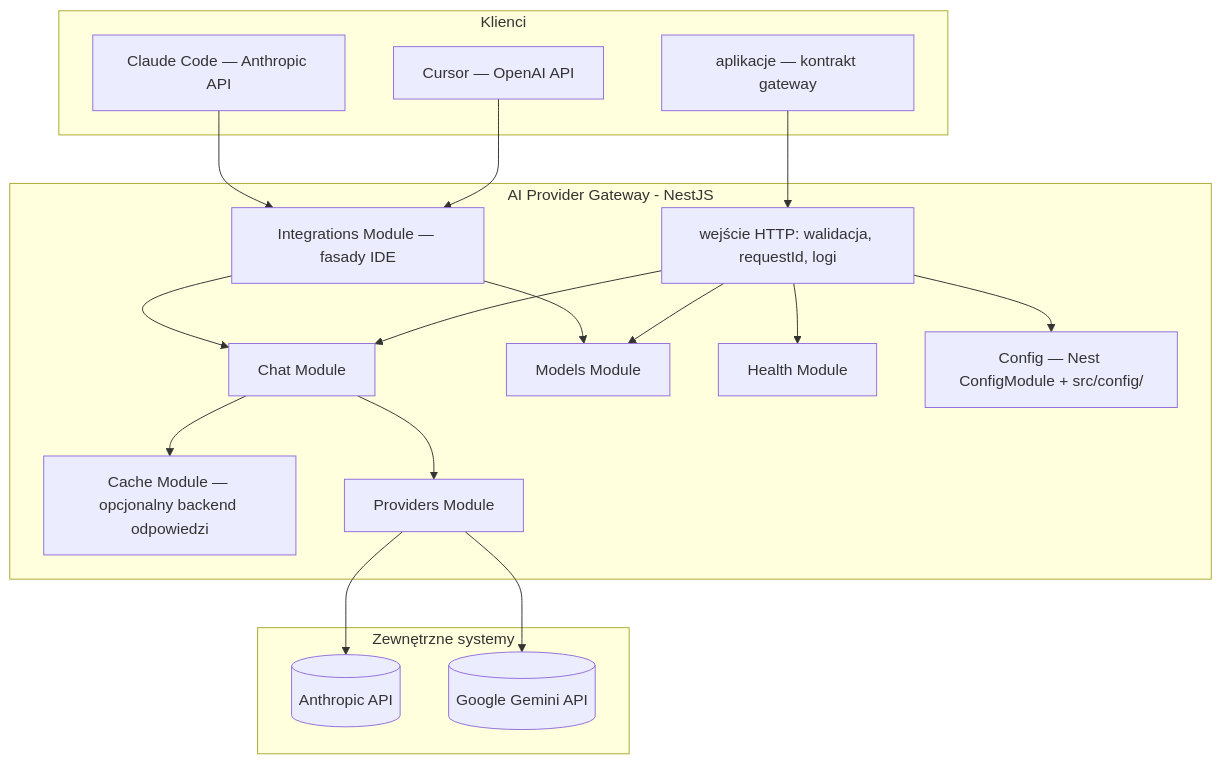
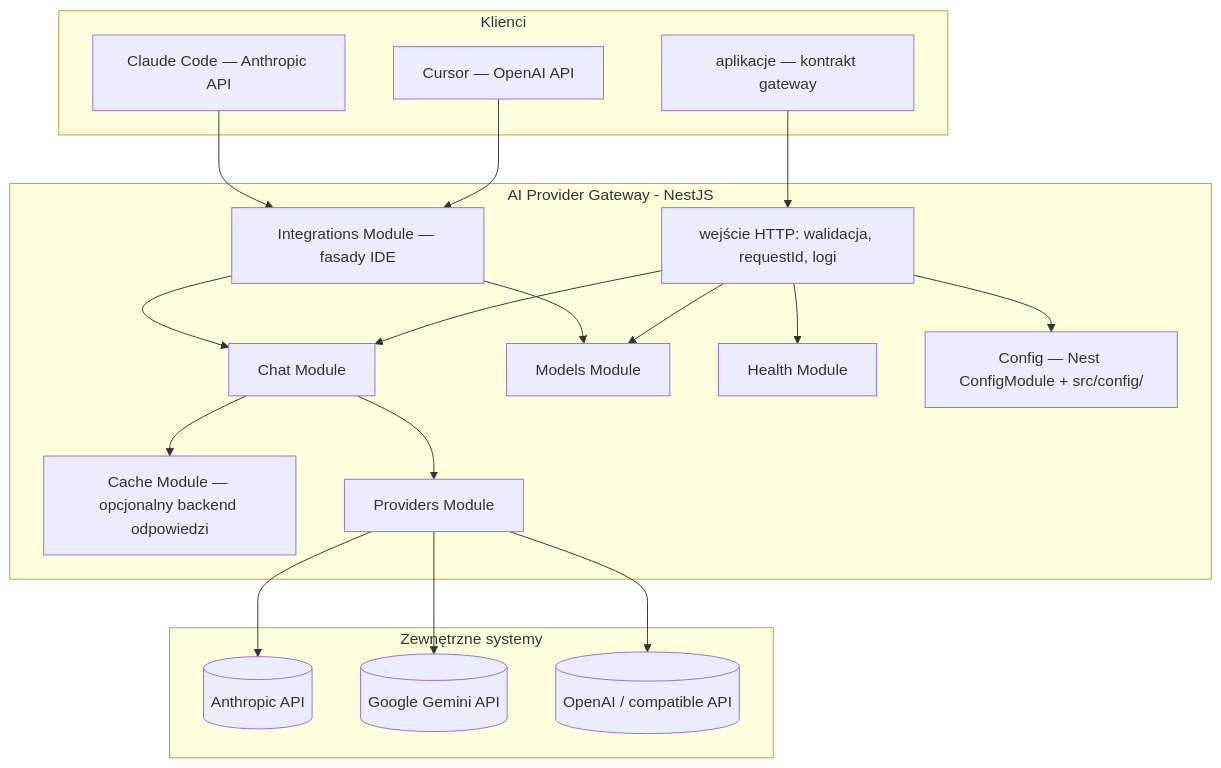
One commit to matej2314/ai-provider-gateway changed the first of 2 diagrams in docs/architektura.md. Above: the diagram before and after it, drawn with Mermaid. The commit also changed other lines of this file and 104 other files, not shown here.

Commit message:
Implement openai and openai-compatible providers. Implement unit, e2e and integration tests of new provider logic. Refactor CLI.

````diff
--- a/docs/architektura.md
+++ b/docs/architektura.md
@@ -9,38 +9,40 @@
 ```mermaid
 flowchart TB
   subgraph clients [Klienci]
     app[aplikacje — kontrakt gateway]
     cursor[Cursor — OpenAI API]
     claude[Claude Code — Anthropic API]
   end
 
   subgraph gw [AI Provider Gateway - NestJS]
     http[wejście HTTP: walidacja, requestId, logi]
     integrations[Integrations Module — fasady IDE]
     chat[Chat Module]
     models[Models Module]
     cache[Cache Module — opcjonalny backend odpowiedzi]
     providers[Providers Module]
     health[Health Module]
     config[Config — Nest ConfigModule + src/config/]
   end
 
   subgraph external [Zewnętrzne systemy]
     anthropic[(Anthropic API)]
     google[(Google Gemini API)]
+    openai[(OpenAI / compatible API)]
   end
 
   app --> http
   cursor --> integrations
   claude --> integrations
   http --> chat
   http --> models
   integrations --> chat
   integrations --> models
   chat --> cache
   chat --> providers
   http --> health
   http --> config
   providers --> anthropic
   providers --> google
+  providers --> openai
 ```
````
